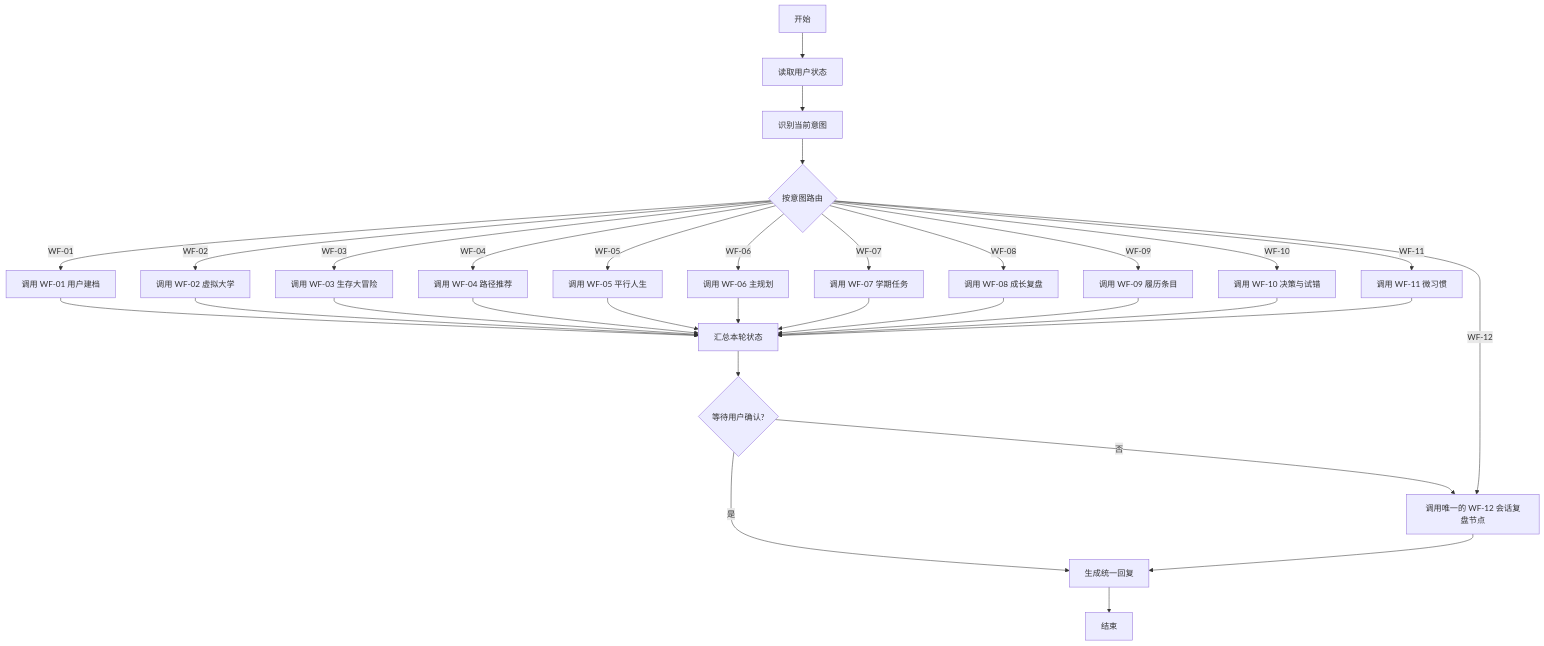
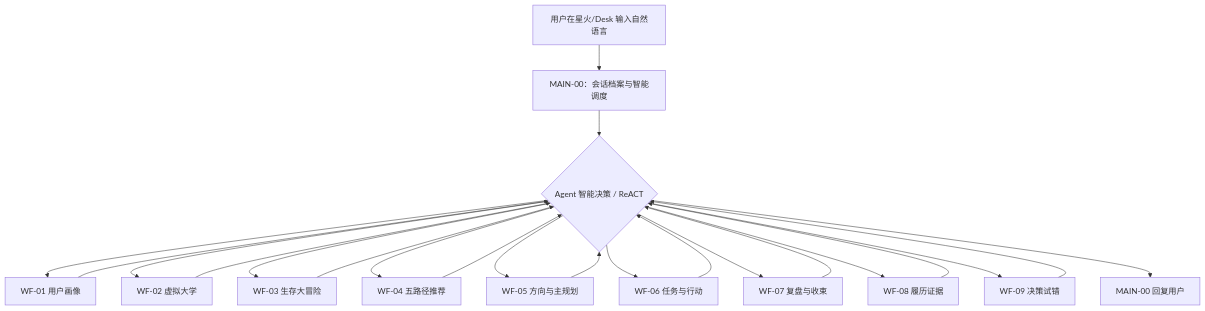
One commit to caoyue0115/university-life-planning-simulator changed the diagram in docs/workflows/README.md. Above: the diagram before and after it, drawn with Mermaid. The commit also changed other lines of this file and 11 other files, not shown here.

````diff
--- a/docs/workflows/README.md
+++ b/docs/workflows/README.md
@@ -291,34 +7,24 @@
 ```mermaid
 flowchart TD
-    A[开始] --> B[读取用户状态]
-    B --> C[识别当前意图]
-    C --> D{按意图路由}
-    D -->|WF-01| W1[调用 WF-01 用户建档]
-    D -->|WF-02| W2[调用 WF-02 虚拟大学]
-    D -->|WF-03| W3[调用 WF-03 生存大冒险]
-    D -->|WF-04| W4[调用 WF-04 路径推荐]
-    D -->|WF-05| W5[调用 WF-05 平行人生]
-    D -->|WF-06| W6[调用 WF-06 主规划]
-    D -->|WF-07| W7[调用 WF-07 学期任务]
-    D -->|WF-08| W8[调用 WF-08 成长复盘]
-    D -->|WF-09| W9[调用 WF-09 履历条目]
-    D -->|WF-10| W10[调用 WF-10 决策与试错]
-    D -->|WF-11| W11[调用 WF-11 微习惯]
-    D -->|WF-12| S[调用唯一的 WF-12 会话复盘节点]
-    W1 --> M[汇总本轮状态]
-    W2 --> M
-    W3 --> M
-    W4 --> M
-    W5 --> M
-    W6 --> M
-    W7 --> M
-    W8 --> M
-    W9 --> M
-    W10 --> M
-    W11 --> M
-    M --> Q{等待用户确认?}
-    Q -->|是| R[生成统一回复]
-    Q -->|否| S
-    S --> R
-    R --> Z[结束]
+    U["用户在星火/Desk 输入自然语言"] --> M["MAIN-00：会话档案与智能调度"]
+    M --> A{"Agent 智能决策 / ReACT"}
+    A --> W1["WF-01 用户画像"]
+    A --> W2["WF-02 虚拟大学"]
+    A --> W3["WF-03 生存大冒险"]
+    A --> W4["WF-04 五路径推荐"]
+    A --> W5["WF-05 方向与主规划"]
+    A --> W6["WF-06 任务与行动"]
+    A --> W7["WF-07 复盘与收束"]
+    A --> W8["WF-08 履历证据"]
+    A --> W9["WF-09 决策试错"]
+    W1 --> A
+    W2 --> A
+    W3 --> A
+    W4 --> A
+    W5 --> A
+    W6 --> A
+    W7 --> A
+    W8 --> A
+    W9 --> A
+    A --> R["MAIN-00 回复用户"]
 ```
````
